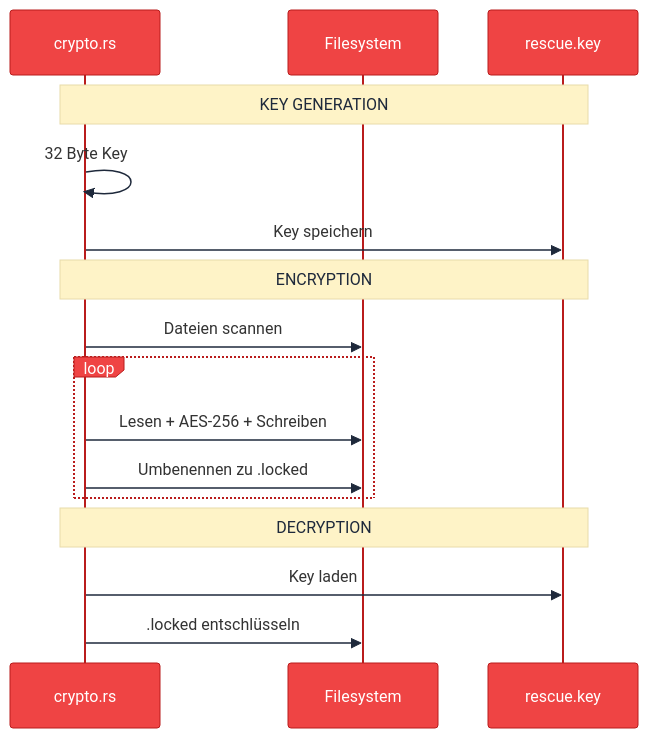
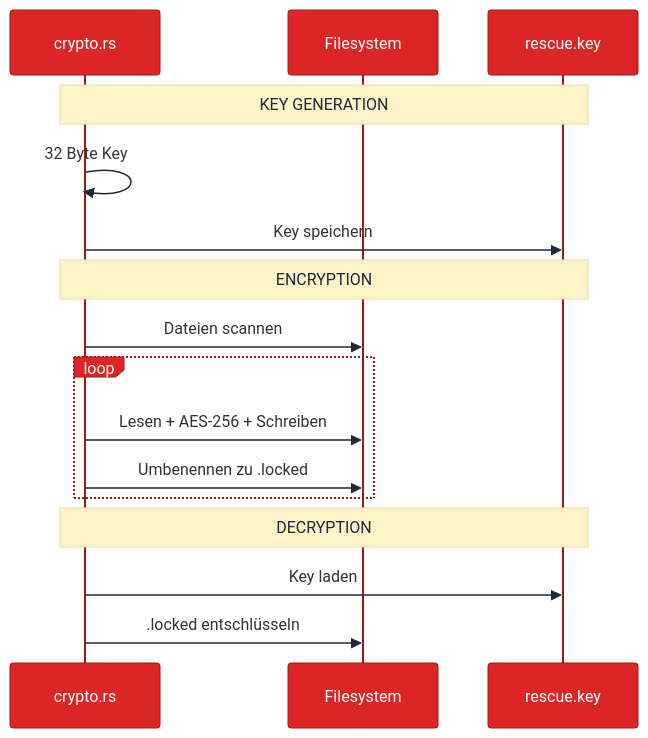
The diagram in presentation/diagrams/05_verschluesselung_atomic.mmd (TimBLukas/rust-mw), drawn with Mermaid before and after one commit. The commit also changed 6 other files, not shown here.

```diff
--- a/presentation/diagrams/05_verschluesselung_atomic.mmd
+++ b/presentation/diagrams/05_verschluesselung_atomic.mmd
@@ -1,21 +1,21 @@
-%%{init: {'theme': 'base', 'themeVariables': { 'primaryColor': '#ef4444', 'actorBkg': '#ef4444', 'actorTextColor': '#fff', 'actorBorder': '#b91c1c', 'signalColor': '#1e293b', 'noteBkgColor': '#fef3c7', 'noteTextColor': '#1e293b', 'fontSize': '16px'}, 'sequence': {'actorFontSize': 18, 'messageFontSize': 16, 'noteFontSize': 14}}}%%
+%%{init: {'theme': 'base', 'themeVariables': { 'primaryColor': '#dc2626', 'actorBkg': '#dc2626', 'actorTextColor': '#fff', 'actorBorder': '#991b1b', 'signalColor': '#1e293b', 'noteBkgColor': '#fef3c7', 'noteTextColor': '#1e293b', 'fontSize': '16px'}, 'sequence': {'actorFontSize': 18, 'messageFontSize': 16, 'noteFontSize': 14}}}%%
 
 sequenceDiagram
     participant C as crypto.rs
     participant F as Filesystem
     participant K as rescue.key
 
     Note over C,K: KEY GENERATION
     C->>C: 32 Byte Key
     C->>K: Key speichern
 
     Note over C,K: ENCRYPTION
     C->>F: Dateien scannen
     loop Jede Datei
         C->>F: Lesen + AES-256 + Schreiben
         C->>F: Umbenennen zu .locked
     end
 
     Note over C,K: DECRYPTION
     C->>K: Key laden
     C->>F: .locked entschlüsseln
```
